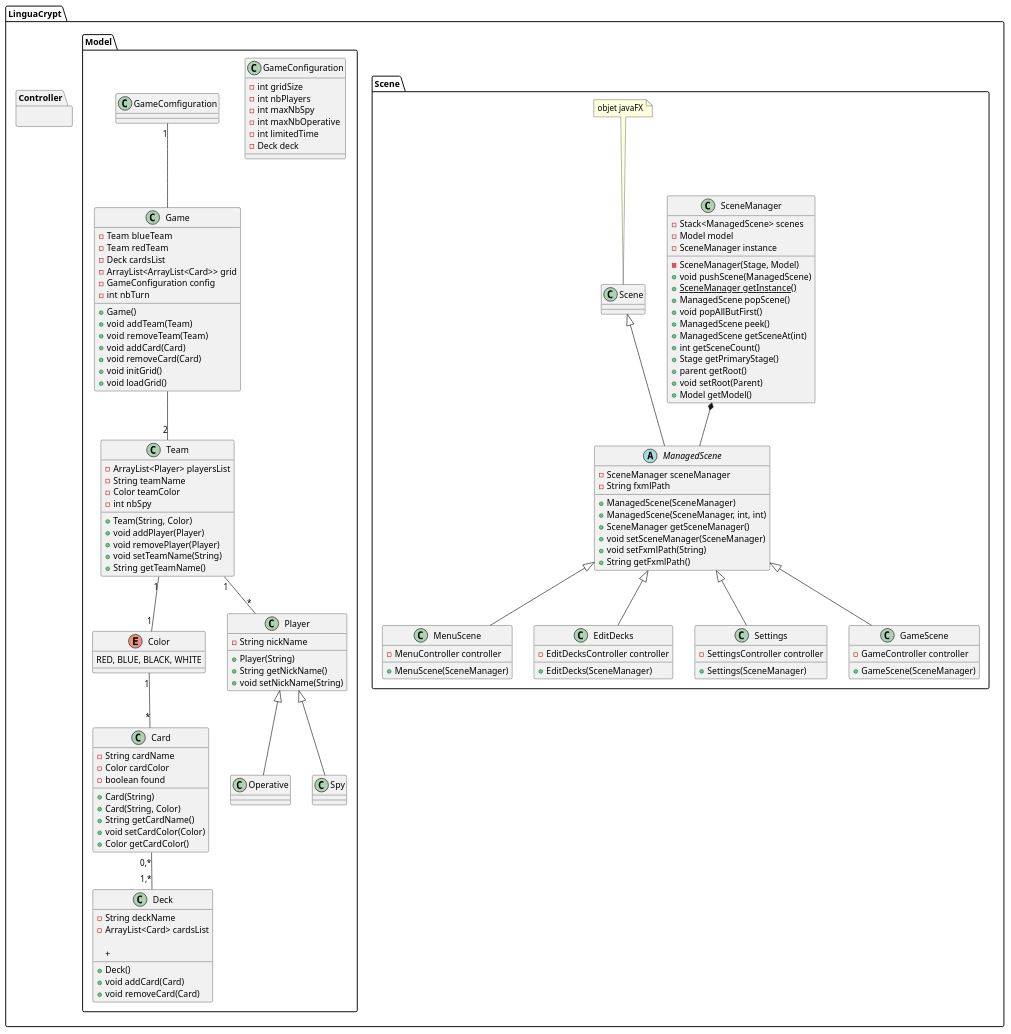
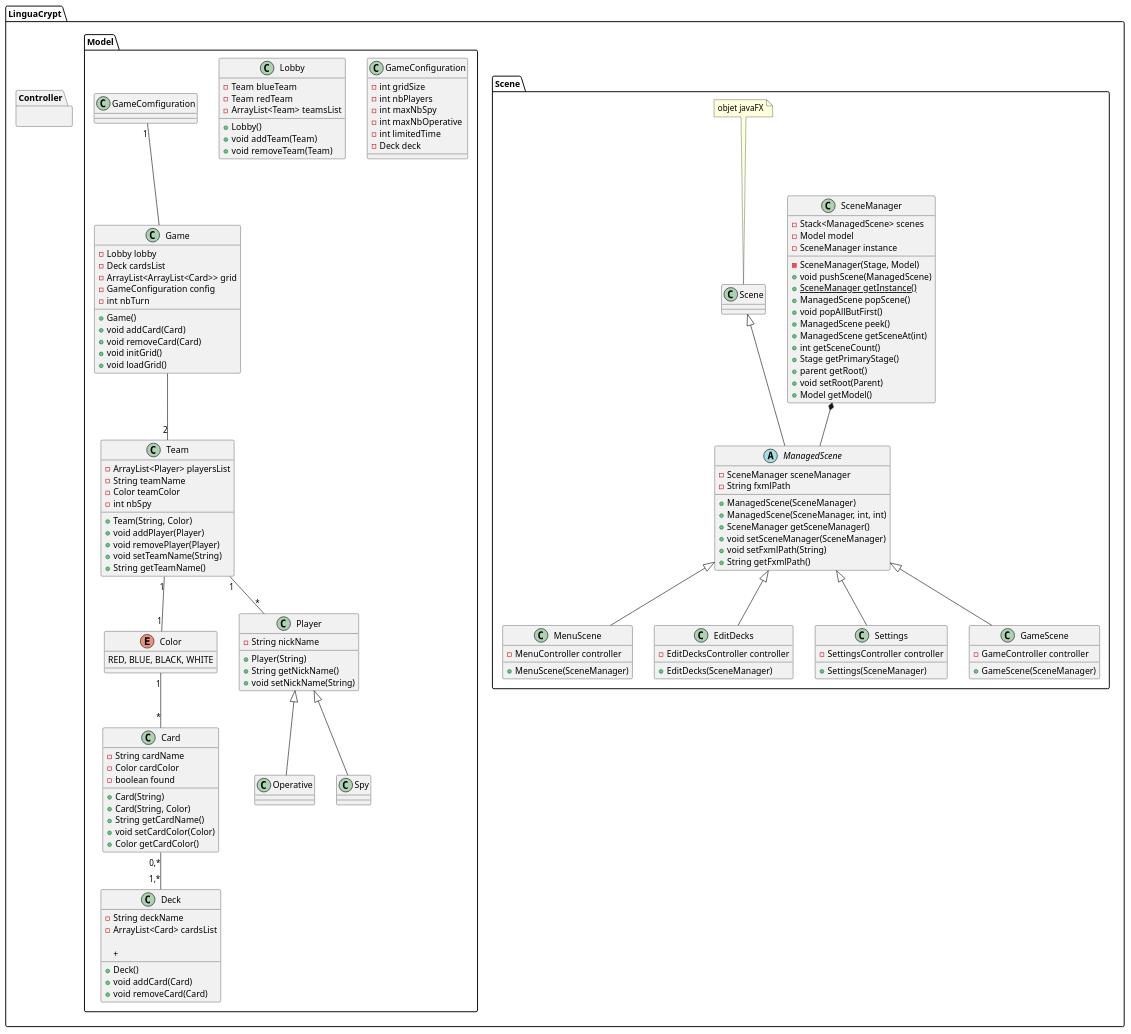
Before and after one commit to Esteban795/RetroNames: the diagram in gdp/Diagramme_De_Classe/diag_d1.plantuml, drawn with PlantUML. The commit also changed 2 other files, not shown here.

Commit message:
[~] Added lobby class, Game doesn't deal with teams anymore, Lobby does it

```diff
--- a/gdp/Diagramme_De_Classe/diag_d1.plantuml
+++ b/gdp/Diagramme_De_Classe/diag_d1.plantuml
@@ -3,163 +3,171 @@
 @startuml
 
 package LinguaCrypt{
     package LinguaCrypt.Scene{
         class SceneManager{
             - Stack<ManagedScene> scenes
             - Model model
             - SceneManager instance
 
             - SceneManager(Stage, Model)
             + void pushScene(ManagedScene)
             + {static} SceneManager getInstance()
             + ManagedScene popScene()
             + void popAllButFirst()
             + ManagedScene peek()
             + ManagedScene getSceneAt(int)
             + int getSceneCount()
             + Stage getPrimaryStage()
             + parent getRoot()
             + void setRoot(Parent)
             + Model getModel()
         }
 
         abstract class ManagedScene extends Scene {
             - SceneManager sceneManager
             - String fxmlPath
             
             + ManagedScene(SceneManager)
             + ManagedScene(SceneManager, int, int)
             + SceneManager getSceneManager()
             + void setSceneManager(SceneManager)
             + void setFxmlPath(String)
             + String getFxmlPath()
             ' get controller ?
         }
 
         class MenuScene extends ManagedScene {
             - MenuController controller
 
             + MenuScene(SceneManager)
         }
 
         class EditDecks extends ManagedScene {
             - EditDecksController controller
 
             + EditDecks(SceneManager)
         }
 
         class Settings extends ManagedScene {
             - SettingsController controller
 
             + Settings(SceneManager)
         }
 
         class GameScene extends ManagedScene {
             - GameController controller
 
             + GameScene(SceneManager)
         }
 
     note "objet javaFX" as N1
     N1 .. Scene
     SceneManager *-- ManagedScene
 
     }
 
     package LinguaCrypt.Controller{ 
         ' un controller par scè1ne 
     }
 
     package LinguaCrypt.Model{
         enum Color{
             RED, BLUE, BLACK, WHITE
         }
 
         class Operative extends Player{}
 
         class Spy extends Player{}
 
         class Player{
             - String nickName
 
             + Player(String)
             + String getNickName()
             + void setNickName(String)
         }
         
         class Team{
             - ArrayList<Player> playersList
             - String teamName
             - Color teamColor
             - int nbSpy
 
 
             + Team(String, Color)
             + void addPlayer(Player)
             + void removePlayer(Player)
             + void setTeamName(String)
             + String getTeamName()
         }
 
         class Card{
             - String cardName
             - Color cardColor
             - boolean found
 
             + Card(String)
             + Card(String, Color)
             + String getCardName()
             + void setCardColor(Color)
             + Color getCardColor()
 
         }
 
         class Deck{
             - String deckName
             - ArrayList<Card> cardsList
 
             + Deck()
             + void addCard(Card)
             + void removeCard(Card)
             + 
         }
 
         class GameConfiguration{
             - int gridSize
             - int nbPlayers
             - int maxNbSpy
             - int maxNbOperative 
             - int limitedTime /' -1 if time not limited  '/
             - Deck deck            
         }
 
-        class Game{
+        class Lobby{
             - Team blueTeam
             - Team redTeam
+            - ArrayList<Team> teamsList
+
+            + Lobby()
+            + void addTeam(Team)
+            + void removeTeam(Team)
+        
+        }
+
+        class Game{
+            - Lobby lobby
             - Deck cardsList
             - ArrayList<ArrayList<Card>> grid
             - GameConfiguration config
             - int nbTurn
             
             + Game()
-            + void addTeam(Team)
-            + void removeTeam(Team)
             + void addCard(Card)
             + void removeCard(Card)
             + void initGrid()
             + void loadGrid()
         }
 
 
 
         Team "1"--"*" Player
         Team "1"--"1" Color
         Color "1"--"*" Card
         Card "0,*"--"1,*" Deck
         GameComfiguration "1"-- Game
         Game --"2" Team
 
     }
 }
 
 @enduml
```
